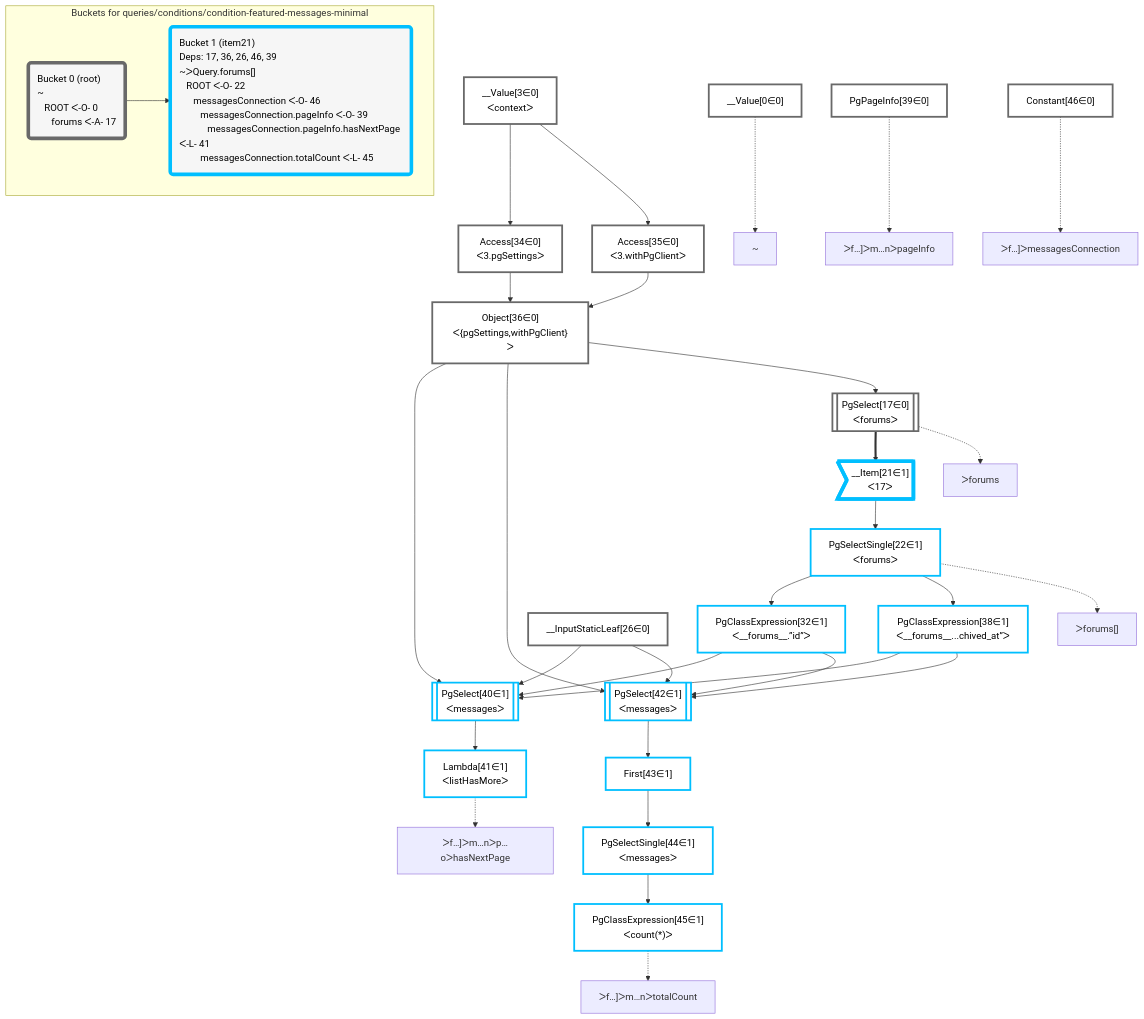
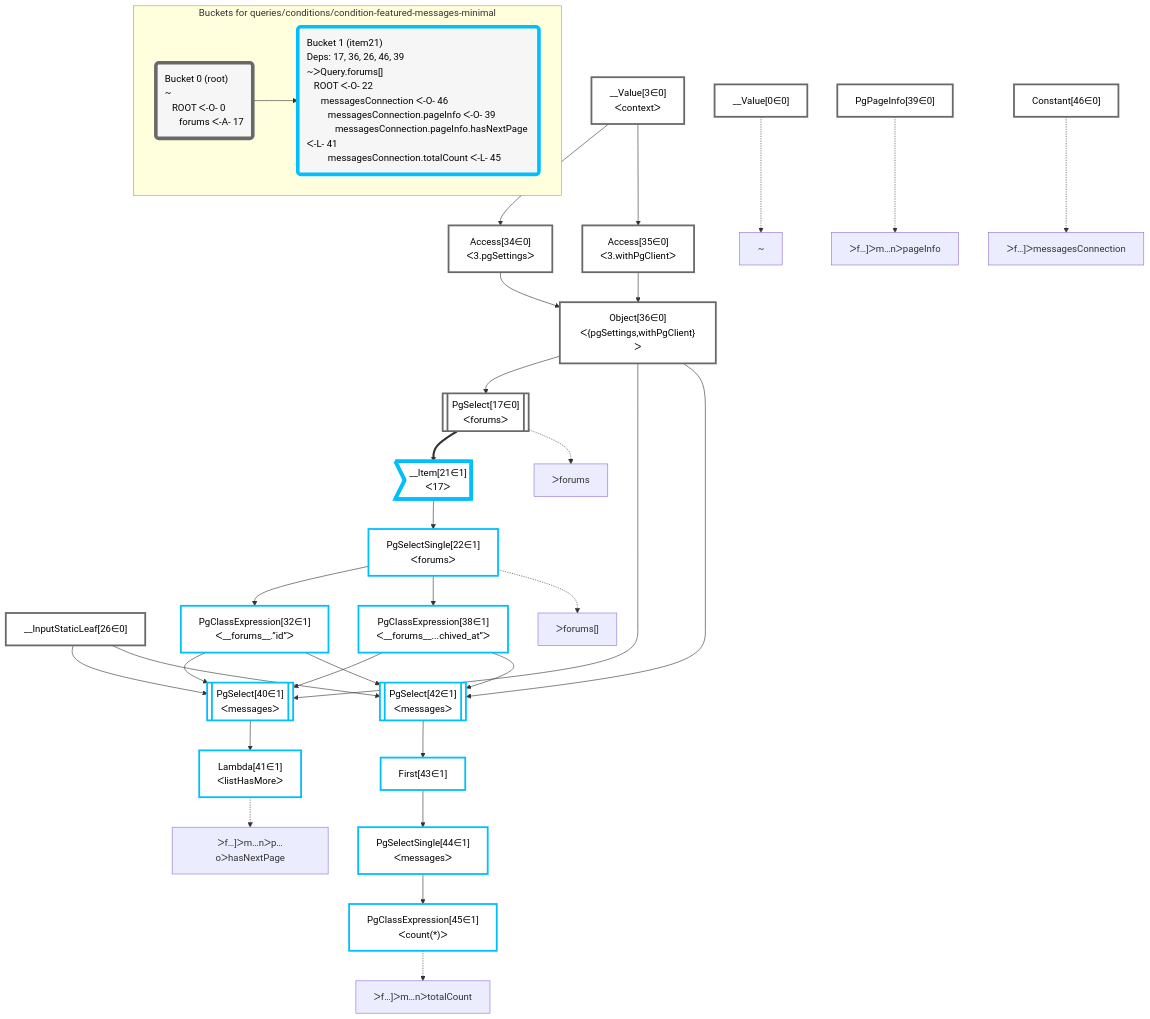
One commit to graphile/crystal changed the diagram in packages/dataplan-pg/__tests__/queries/conditions/condition-featured-messages-minimal.deopt.mermaid.md. Above: the diagram before and after it, drawn with Mermaid. The commit also changed other lines of this file and 195 other files, not shown here.

Commit message:
Reorder graphs

````diff
--- a/packages/dataplan-pg/__tests__/queries/conditions/condition-featured-messages-minimal.deopt.mermaid.md
+++ b/packages/dataplan-pg/__tests__/queries/conditions/condition-featured-messages-minimal.deopt.mermaid.md
@@ -1,72 +1,72 @@
 ```mermaid
 graph TD
     classDef path fill:#eee,stroke:#000,color:#000
     classDef plan fill:#fff,stroke-width:3px,color:#000
     classDef itemplan fill:#fff,stroke-width:6px,color:#000
     classDef sideeffectplan fill:#f00,stroke-width:6px,color:#000
     classDef bucket fill:#f6f6f6,color:#000,stroke-width:6px,text-align:left
 
 
     %% define plans
     __Value0["__Value[0∈0]"]:::plan
-    Lambda41["Lambda[41∈1]<br />ᐸlistHasMoreᐳ"]:::plan
-    PgSelect40[["PgSelect[40∈1]<br />ᐸmessagesᐳ"]]:::plan
-    PgClassExpression45["PgClassExpression[45∈1]<br />ᐸcount(*)ᐳ"]:::plan
-    PgSelectSingle44["PgSelectSingle[44∈1]<br />ᐸmessagesᐳ"]:::plan
-    First43["First[43∈1]"]:::plan
-    PgSelect42[["PgSelect[42∈1]<br />ᐸmessagesᐳ"]]:::plan
-    PgClassExpression32["PgClassExpression[32∈1]<br />ᐸ__forums__.”id”ᐳ"]:::plan
-    PgClassExpression38["PgClassExpression[38∈1]<br />ᐸ__forums__...chived_at”ᐳ"]:::plan
-    PgSelectSingle22["PgSelectSingle[22∈1]<br />ᐸforumsᐳ"]:::plan
-    __Item21>"__Item[21∈1]<br />ᐸ17ᐳ"]:::itemplan
-    PgSelect17[["PgSelect[17∈0]<br />ᐸforumsᐳ"]]:::plan
-    Object36["Object[36∈0]<br />ᐸ{pgSettings,withPgClient}ᐳ"]:::plan
+    __Value3["__Value[3∈0]<br />ᐸcontextᐳ"]:::plan
     Access34["Access[34∈0]<br />ᐸ3.pgSettingsᐳ"]:::plan
     Access35["Access[35∈0]<br />ᐸ3.withPgClientᐳ"]:::plan
-    __Value3["__Value[3∈0]<br />ᐸcontextᐳ"]:::plan
+    Object36["Object[36∈0]<br />ᐸ{pgSettings,withPgClient}ᐳ"]:::plan
+    PgSelect17[["PgSelect[17∈0]<br />ᐸforumsᐳ"]]:::plan
+    __Item21>"__Item[21∈1]<br />ᐸ17ᐳ"]:::itemplan
+    PgSelectSingle22["PgSelectSingle[22∈1]<br />ᐸforumsᐳ"]:::plan
     __InputStaticLeaf26["__InputStaticLeaf[26∈0]"]:::plan
+    PgClassExpression32["PgClassExpression[32∈1]<br />ᐸ__forums__.”id”ᐳ"]:::plan
     Constant46["Constant[46∈0]"]:::plan
+    PgClassExpression38["PgClassExpression[38∈1]<br />ᐸ__forums__...chived_at”ᐳ"]:::plan
     PgPageInfo39["PgPageInfo[39∈0]"]:::plan
+    PgSelect40[["PgSelect[40∈1]<br />ᐸmessagesᐳ"]]:::plan
+    Lambda41["Lambda[41∈1]<br />ᐸlistHasMoreᐳ"]:::plan
+    PgSelect42[["PgSelect[42∈1]<br />ᐸmessagesᐳ"]]:::plan
+    First43["First[43∈1]"]:::plan
+    PgSelectSingle44["PgSelectSingle[44∈1]<br />ᐸmessagesᐳ"]:::plan
+    PgClassExpression45["PgClassExpression[45∈1]<br />ᐸcount(*)ᐳ"]:::plan
 
     %% plan dependencies
-    PgSelect40 --> Lambda41
-    Object36 & PgClassExpression32 & __InputStaticLeaf26 & PgClassExpression38 --> PgSelect40
-    PgSelectSingle44 --> PgClassExpression45
-    First43 --> PgSelectSingle44
-    PgSelect42 --> First43
-    Object36 & PgClassExpression32 & __InputStaticLeaf26 & PgClassExpression38 --> PgSelect42
+    __Value3 --> Access34
+    __Value3 --> Access35
+    Access34 & Access35 --> Object36
+    Object36 --> PgSelect17
+    PgSelect17 ==> __Item21
+    __Item21 --> PgSelectSingle22
     PgSelectSingle22 --> PgClassExpression32
     PgSelectSingle22 --> PgClassExpression38
-    __Item21 --> PgSelectSingle22
-    PgSelect17 ==> __Item21
-    Object36 --> PgSelect17
-    Access34 & Access35 --> Object36
-    __Value3 --> Access34
-    __Value3 --> Access35
+    Object36 & PgClassExpression32 & __InputStaticLeaf26 & PgClassExpression38 --> PgSelect40
+    PgSelect40 --> Lambda41
+    Object36 & PgClassExpression32 & __InputStaticLeaf26 & PgClassExpression38 --> PgSelect42
+    PgSelect42 --> First43
+    First43 --> PgSelectSingle44
+    PgSelectSingle44 --> PgClassExpression45
 
     %% plan-to-path relationships
     P0["~"]
     __Value0 -.-> P0
     P17["ᐳforums"]
     PgSelect17 -.-> P17
     P22["ᐳforums[]"]
     PgSelectSingle22 -.-> P22
     P39["ᐳf…]ᐳm…nᐳpageInfo"]
     PgPageInfo39 -.-> P39
     P41["ᐳf…]ᐳm…nᐳp…oᐳhasNextPage"]
     Lambda41 -.-> P41
     P45["ᐳf…]ᐳm…nᐳtotalCount"]
     PgClassExpression45 -.-> P45
     P46["ᐳf…]ᐳmessagesConnection"]
     Constant46 -.-> P46
 
     subgraph "Buckets for queries/conditions/condition-featured-messages-minimal"
     Bucket0("Bucket 0 (root)<br />~<br />⠀ROOT ᐸ-O- 0<br />⠀⠀forums ᐸ-A- 17"):::bucket
     classDef bucket0 stroke:#696969
     class Bucket0,__Value0,__Value3,PgSelect17,__InputStaticLeaf26,Access34,Access35,Object36,PgPageInfo39,Constant46 bucket0
     Bucket1("Bucket 1 (item21)<br />Deps: 17, 36, 26, 46, 39<br />~ᐳQuery.forums[]<br />⠀ROOT ᐸ-O- 22<br />⠀⠀messagesConnection ᐸ-O- 46<br />⠀⠀⠀messagesConnection.pageInfo ᐸ-O- 39<br />⠀⠀⠀⠀messagesConnection.pageInfo.hasNextPage ᐸ-L- 41<br />⠀⠀⠀messagesConnection.totalCount ᐸ-L- 45"):::bucket
     classDef bucket1 stroke:#00bfff
     class Bucket1,__Item21,PgSelectSingle22,PgClassExpression32,PgClassExpression38,PgSelect40,Lambda41,PgSelect42,First43,PgSelectSingle44,PgClassExpression45 bucket1
     Bucket0 --> Bucket1
     end
 ```
````
